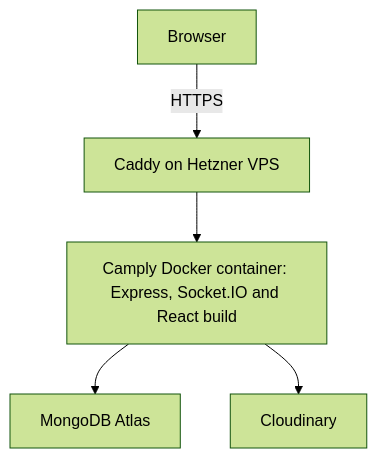
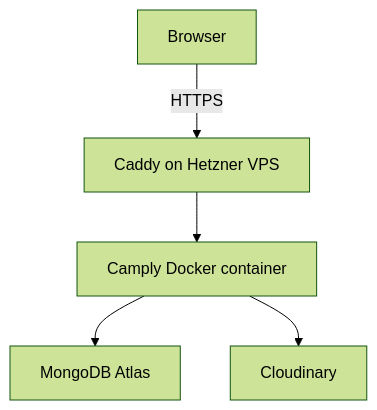
Before and after one commit to konrad3211/camply-fullstack: the diagram in README.md, drawn with Mermaid (forest theme). The commit also changed other lines of this file, not shown here.

Commit message:
docs: shorten architecture diagram label

````diff
--- a/README.md
+++ b/README.md
@@ -146,7 +146,7 @@
 ```mermaid
 flowchart TD
     browser["Browser"] -->|HTTPS| caddy["Caddy on Hetzner VPS"]
-    caddy --> app["Camply Docker container: Express, Socket.IO and React build"]
+    caddy --> app["Camply Docker container"]
     app --> mongo["MongoDB Atlas"]
     app --> cloudinary["Cloudinary"]
 ```
````
